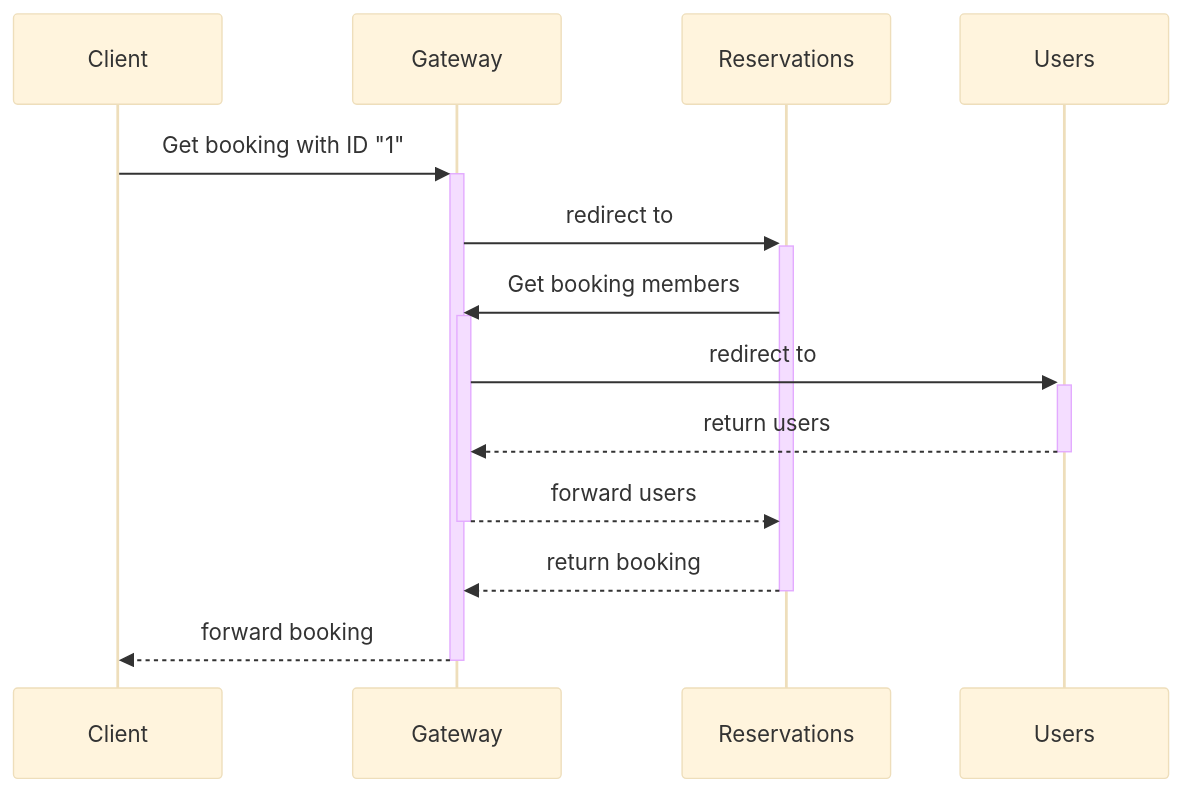
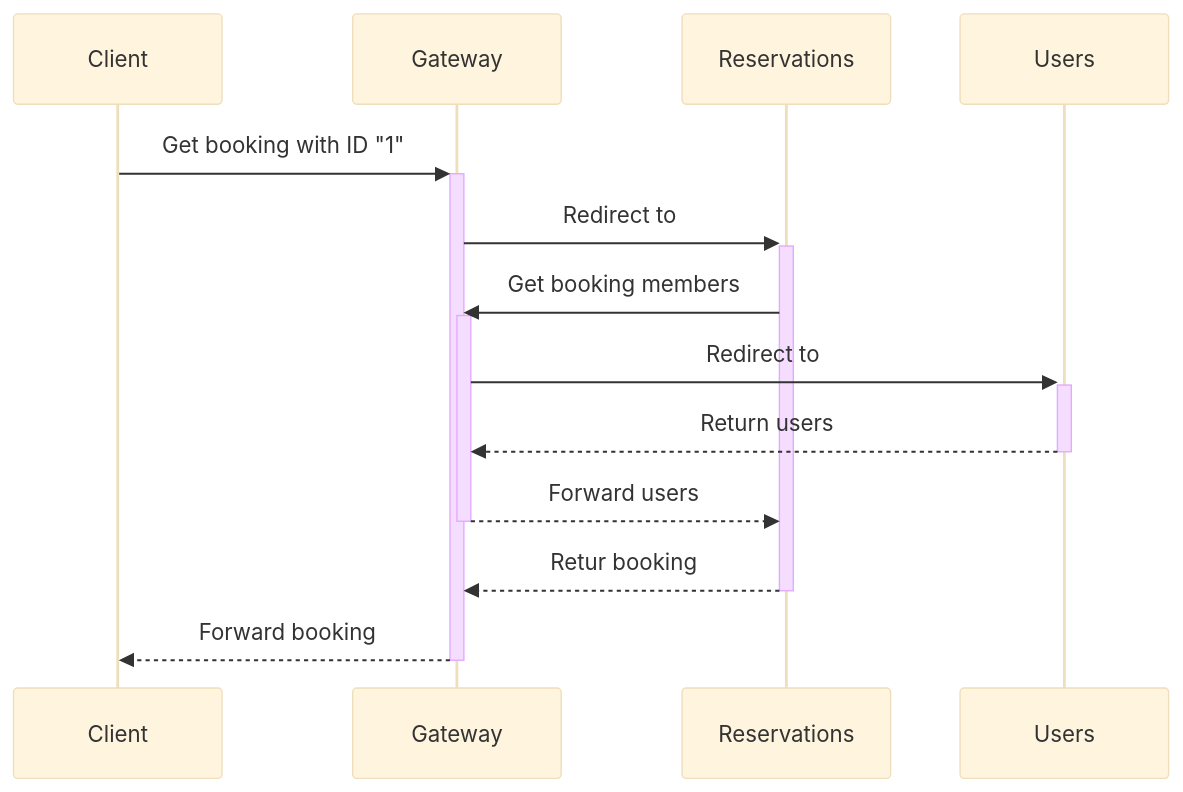
Before and after one commit to smocker-dev/smocker: the first of 2 diagrams in docs/guide/real-life.md, drawn with Mermaid (base theme). The commit also changed other lines of this file and 1 other file, not shown here.

````diff
--- a/docs/guide/real-life.md
+++ b/docs/guide/real-life.md
@@ -21,16 +21,16 @@
 ```mermaid
 sequenceDiagram
     participant C as Client
     participant G as Gateway
     participant R as Reservations
     participant U as Users
 
     C->>+G: Get booking with ID "1"
-    G->>+R: redirect to
+    G->>+R: Redirect to
     R->>+G: Get booking members
-    G->>+U: redirect to
-    U-->>-G: return users
-    G-->>-R: forward users
-    R-->>-G: return booking
-    G-->>-C: forward booking
+    G->>+U: Redirect to
+    U-->>-G: Return users
+    G-->>-R: Forward users
+    R-->>-G: Retur booking
+    G-->>-C: Forward booking
 ```
````
